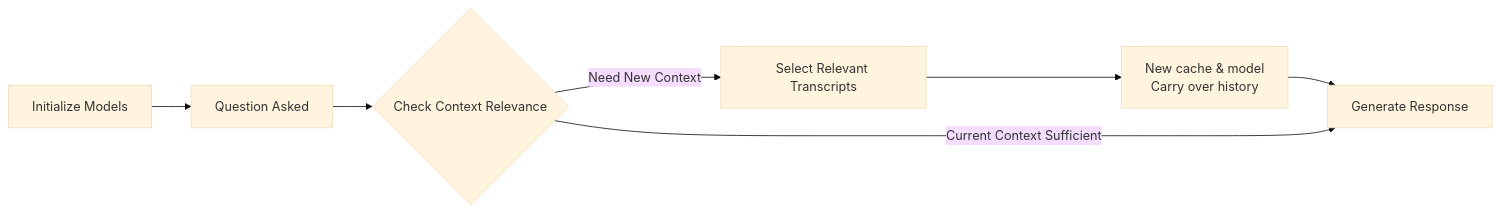
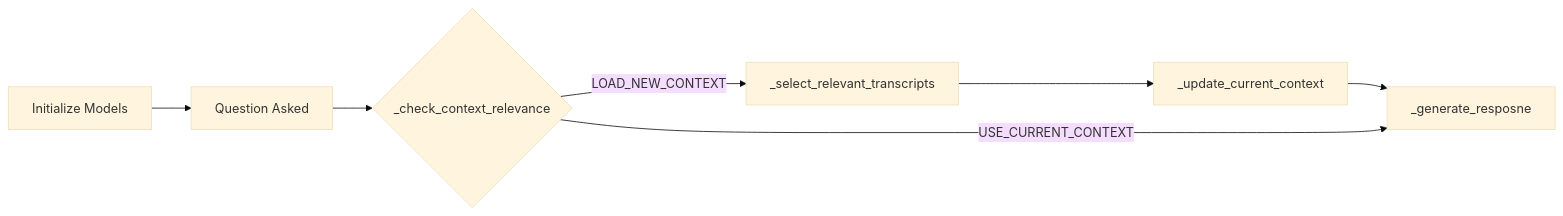
One commit to jwardbond/Citizen-Gemini changed the diagram in docs.md. Above: the diagram before and after it, drawn with Mermaid (base theme). The commit also changed other lines of this file, not shown here.

Commit message:
Updated flow chart

````diff
--- a/docs.md
+++ b/docs.md
@@ -44,9 +44,9 @@
 ```mermaid
 flowchart LR
     A[Initialize Models] --> B[Question Asked]
-    B --> C{Check Context Relevance}
-    C -->|Need New Context| D[Select Relevant Transcripts]
-    D --> E[New cache & model <br> Carry over history]
-    E --> F[Generate Response]
-    C -->|Current Context Sufficient| F
+    B --> C{_check_context_relevance}
+    C -->|LOAD_NEW_CONTEXT| D[_select_relevant_transcripts]
+    D --> E[_update_current_context]
+    E --> F[_generate_resposne]
+    C -->|USE_CURRENT_CONTEXT| F
 ```
````
